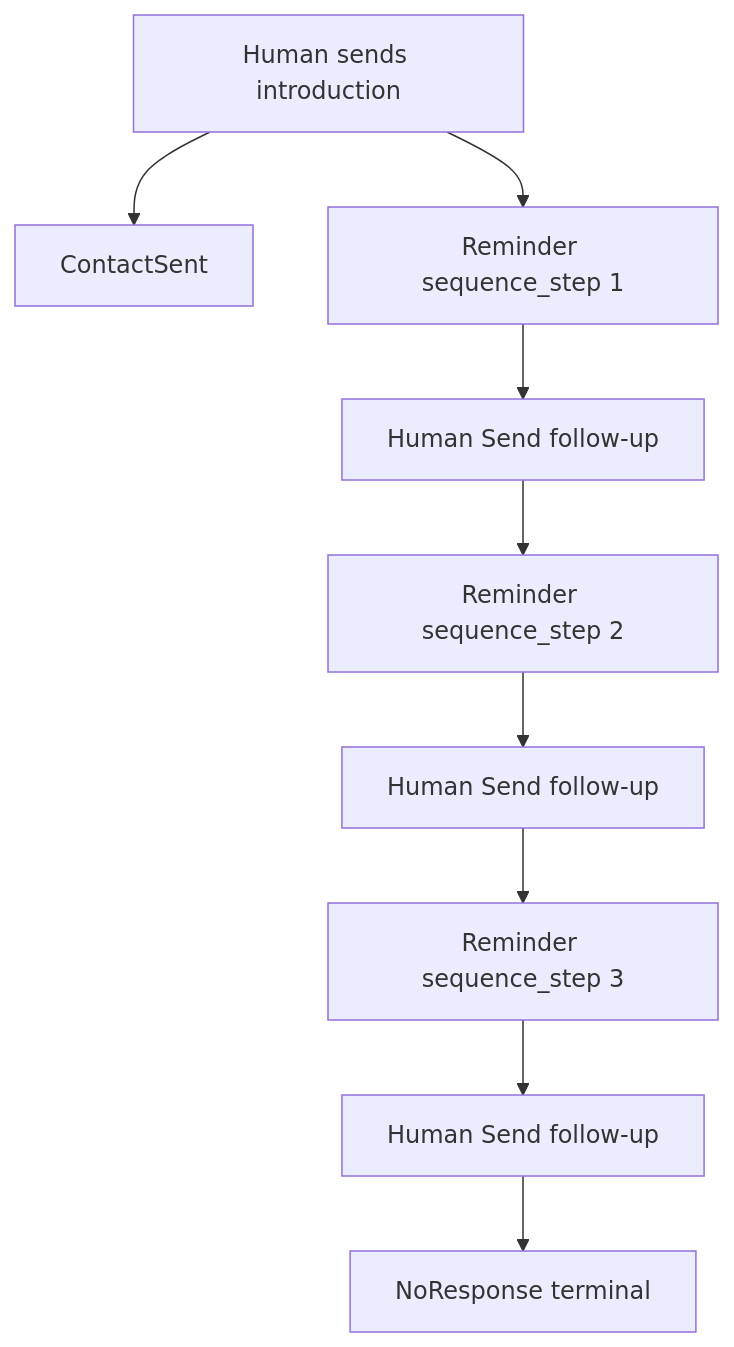
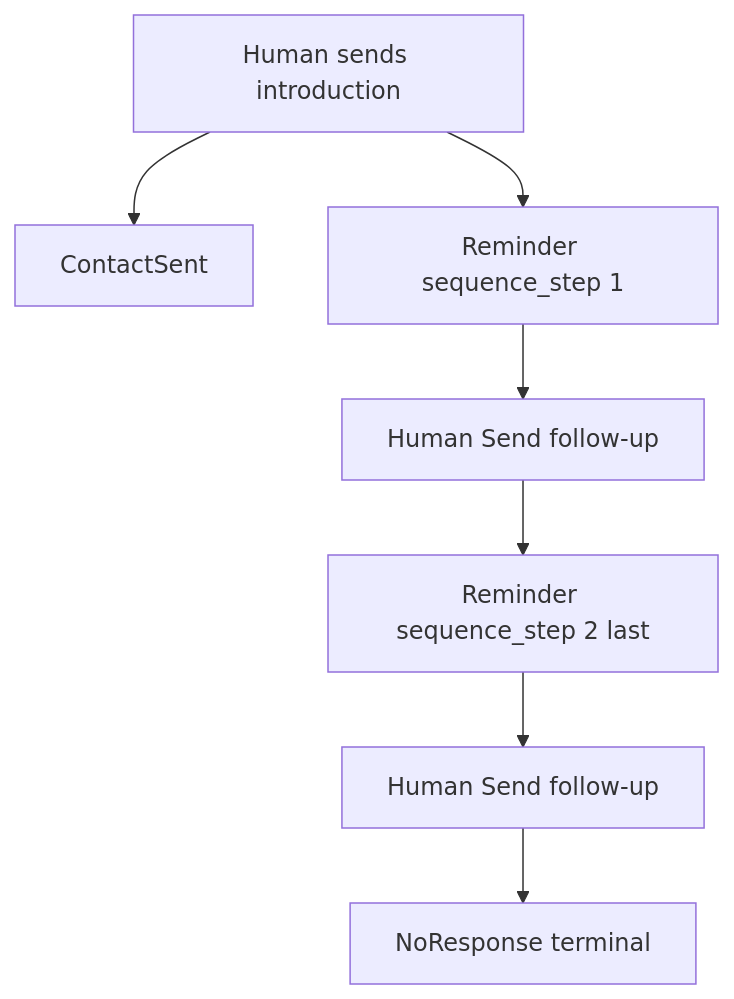
Before and after one commit to rogerio-pereira/CRM_AI: the diagram in docs/ADRs/ADR-021-follow-up-email-sequence.md, drawn with Mermaid. The commit also changed other lines of this file and 6 other files, not shown here.

First line of the commit message:
docs(fdr): shorten follow-up sequence to two emails

````diff
--- a/docs/ADRs/ADR-021-follow-up-email-sequence.md
+++ b/docs/ADRs/ADR-021-follow-up-email-sequence.md
@@ -101,21 +99,17 @@
 ```mermaid
 flowchart TD
   contactSent[ContactSent]
   sendIntro[Human sends introduction]
   fu1[Reminder sequence_step 1]
   sendFu1[Human Send follow-up]
-  fu2[Reminder sequence_step 2]
+  fu2[Reminder sequence_step 2 last]
   sendFu2[Human Send follow-up]
-  fu3[Reminder sequence_step 3]
-  sendFu3[Human Send follow-up]
   noResponse[NoResponse terminal]
 
   sendIntro --> contactSent
   sendIntro --> fu1
   fu1 --> sendFu1
   sendFu1 --> fu2
   fu2 --> sendFu2
-  sendFu2 --> fu3
-  fu3 --> sendFu3
-  sendFu3 --> noResponse
+  sendFu2 --> noResponse
 ```
````
